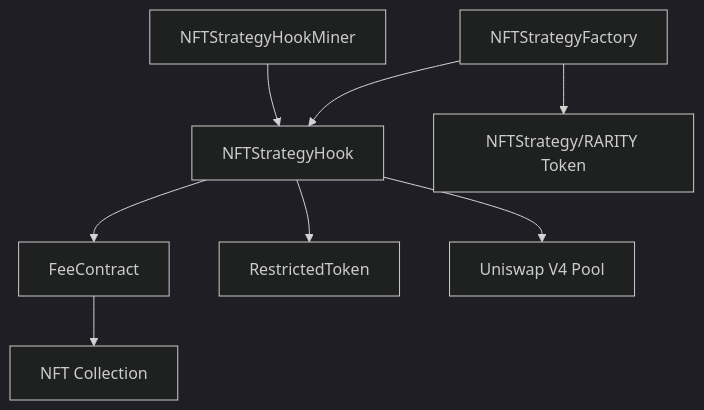
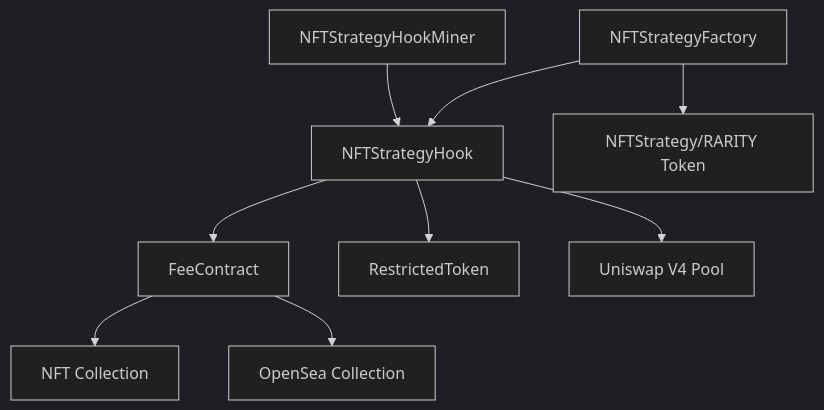
The diagram in README.md (DhruvGodambe/meme-factory-web3), drawn with Mermaid (dark theme) before and after one commit. The commit also changed other lines of this file, not shown here.

````diff
--- a/README.md
+++ b/README.md
@@ -51,10 +51,11 @@
 ```mermaid
 graph TD
     A[NFTStrategyFactory] --> B[NFTStrategyHook]
     B --> C[FeeContract]
     C --> D[NFT Collection]
+    C --> I[OpenSea Collection]
     B --> E[RestrictedToken]
     F[NFTStrategyHookMiner] --> B
     A --> G[NFTStrategy/RARITY Token]
     B --> H[Uniswap V4 Pool]
 ```
````
